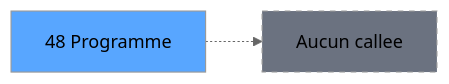
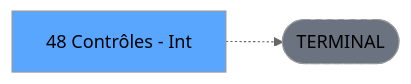
The third of 3 diagrams in .openspec/renders/ADH-IDE-48.md (thonyAGP/lecteur-magic), drawn with Mermaid (neutral theme) before and after one commit. The commit also changed other lines of this file and 701 other files, not shown here.

````diff
--- a/.openspec/renders/ADH-IDE-48.md
+++ b/.openspec/renders/ADH-IDE-48.md
@@ -153,8 +140,8 @@
 ```mermaid
 graph LR
-    T[48 Programme]
-    NONE[Aucun callee]
-    T -.-> NONE
+    T[48 Contrôles - Int]
+    TERM([TERMINAL])
+    T -.-> TERM
+    style TERM fill:#6b7280,stroke-dasharray: 5 5
     style T fill:#58a6ff,color:#000
-    style NONE fill:#6b7280,stroke-dasharray: 5 5
 ```
````
